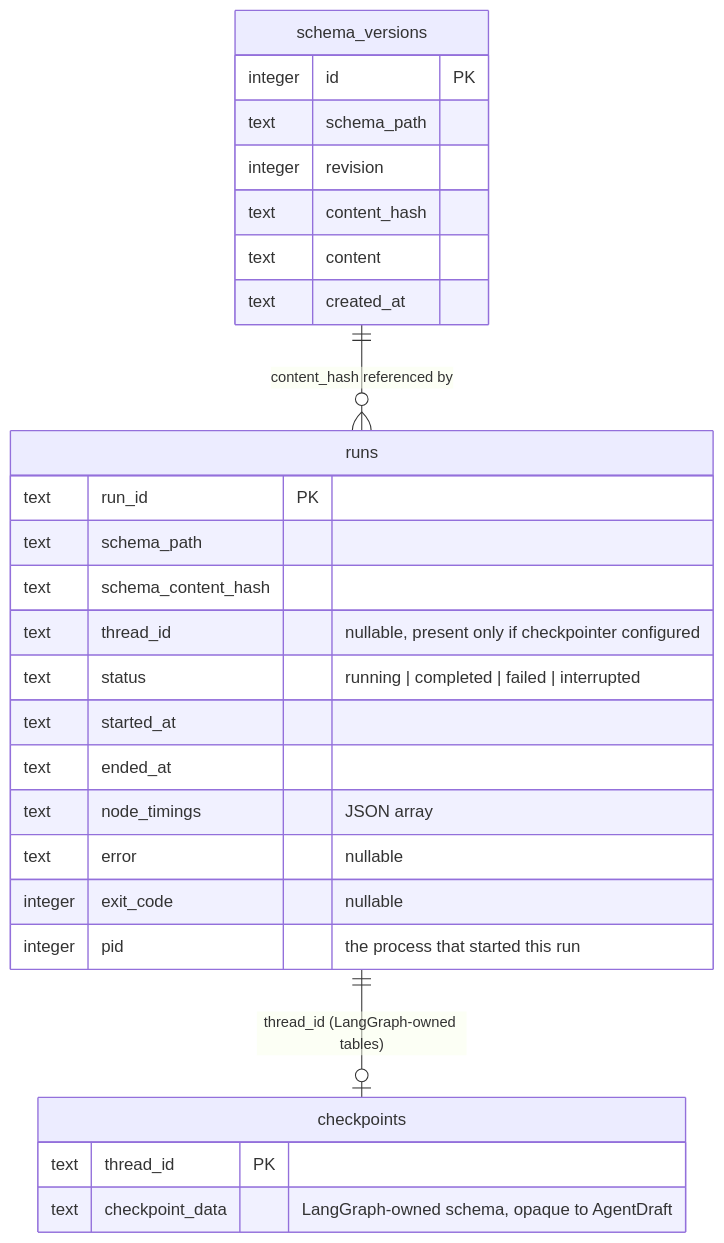
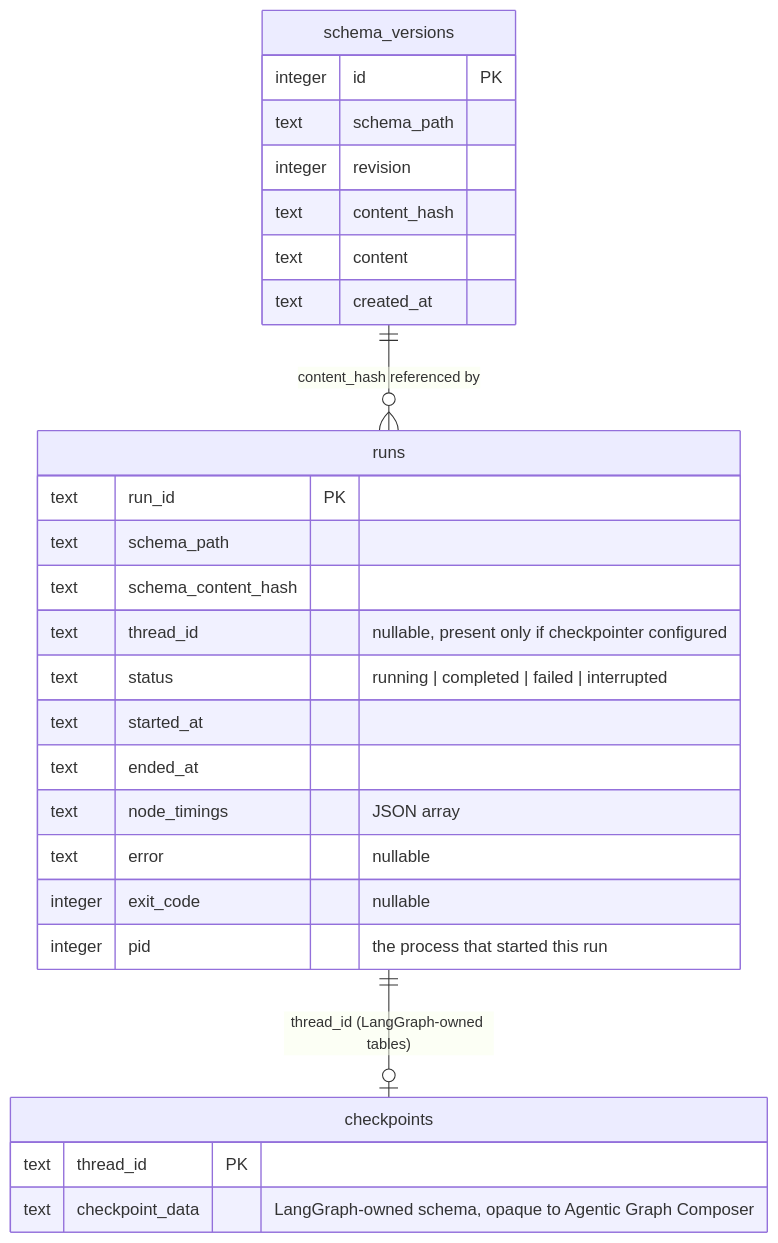
The diagram in docs/DATA-MODEL.md (rishav91/AgentDraft), drawn with Mermaid before and after one commit. The commit also changed other lines of this file and 16 other files, not shown here.

First line of the commit message:
docs: rebrand AgentDraft -> Agentic Graph Composer, update repo URLs

````diff
--- a/docs/DATA-MODEL.md
+++ b/docs/DATA-MODEL.md
@@ -9,31 +9,31 @@
 ```mermaid
 erDiagram
     schema_versions ||--o{ runs : "content_hash referenced by"
     runs ||--o| checkpoints : "thread_id (LangGraph-owned tables)"
 
     schema_versions {
         integer id PK
         text schema_path
         integer revision
         text content_hash
         text content
         text created_at
     }
     runs {
         text run_id PK
         text schema_path
         text schema_content_hash
         text thread_id "nullable, present only if checkpointer configured"
         text status "running | completed | failed | interrupted"
         text started_at
         text ended_at
         text node_timings "JSON array"
         text error "nullable"
         integer exit_code "nullable"
         integer pid "the process that started this run"
     }
     checkpoints {
         text thread_id PK
-        text checkpoint_data "LangGraph-owned schema, opaque to AgentDraft"
+        text checkpoint_data "LangGraph-owned schema, opaque to Agentic Graph Composer"
     }
 ```
````
